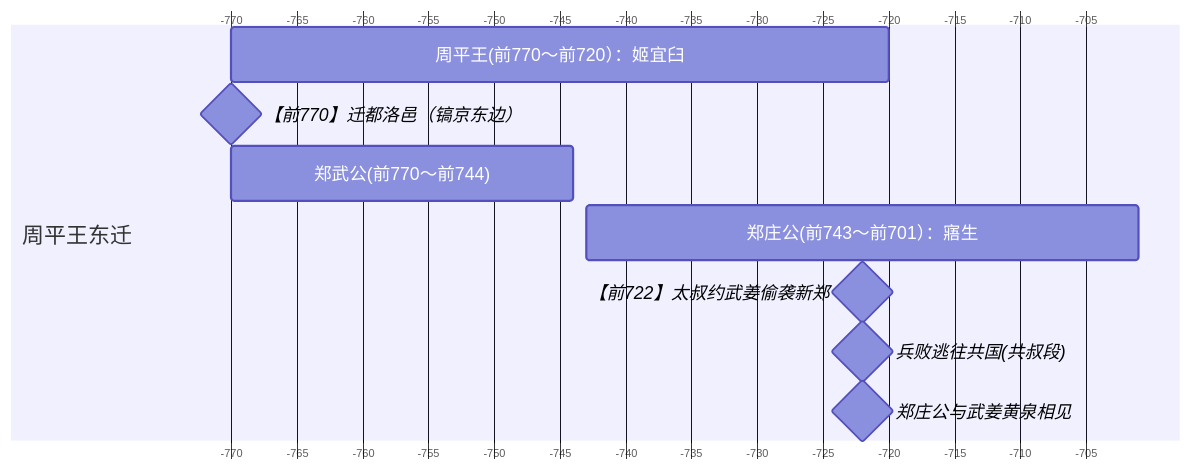
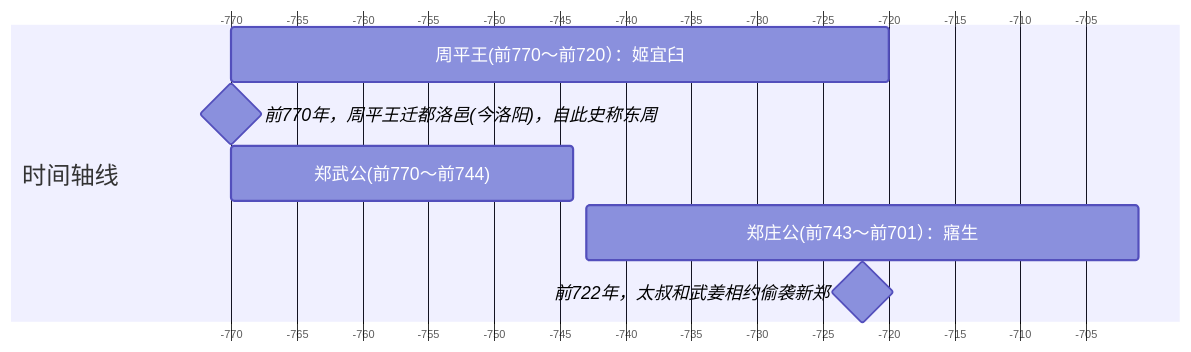
Before and after one commit to tsuyu2016/read: the first of 3 diagrams in 透过地理看历史（春秋篇）02.md, drawn with Mermaid. The commit also changed other lines of this file and 1 other file, not shown here.

````diff
--- a/透过地理看历史（春秋篇）02.md
+++ b/透过地理看历史（春秋篇）02.md
@@ -4,39 +4,37 @@
 ```mermaid
 ---
 config:
   themeCSS: '
     .grid .tick line{stroke:lightgray;stroke-dasharray:3;opacity:1;}
     .grid .tick text{font-size:16px;}
-    .grid path {stroke-width: 0;}
+    .grid path {stroke-width: 0;} 
+    .sectionTitle {font-weight:900;}
   '
   gantt:
     titleTopMargin:
     topPadding:
     gridLineStartPadding: 
     topAxis: true
     barHeight: 50
     rightPadding:
     leftPadding: 200
     fontSize: 16
-    sectionFontSize: 20
+    sectionFontSize: 22
     numberSectionStyles: 4
     axisFormat: "%Y"
     useMaxWidth:
     weekday:
     barGap:
 ---
 gantt
     dateFormat  X
     axisFormat %s
     todayMarker off
     
-    section 周平王东迁
+    section 时间轴线
     周平王(前770～前720）：姬宜臼: -770,-720
-    【前770】迁都洛邑（镐京东边）: milestone, -770,
+    前770年，周平王迁都洛邑(今洛阳)，自此史称东周: milestone, -770,
     郑武公(前770～前744): -770,-744
     郑庄公(前743～前701）：寤生: -743,-701
-    【前722】太叔约武姜偷袭新郑: milestone, -722,
-    兵败逃往共国(共叔段): milestone, -722,
-    郑庄公与武姜黄泉相见: milestone, -722,
-    
+    前722年，太叔和武姜相约偷袭新郑: milestone, -722,
 ```
````
